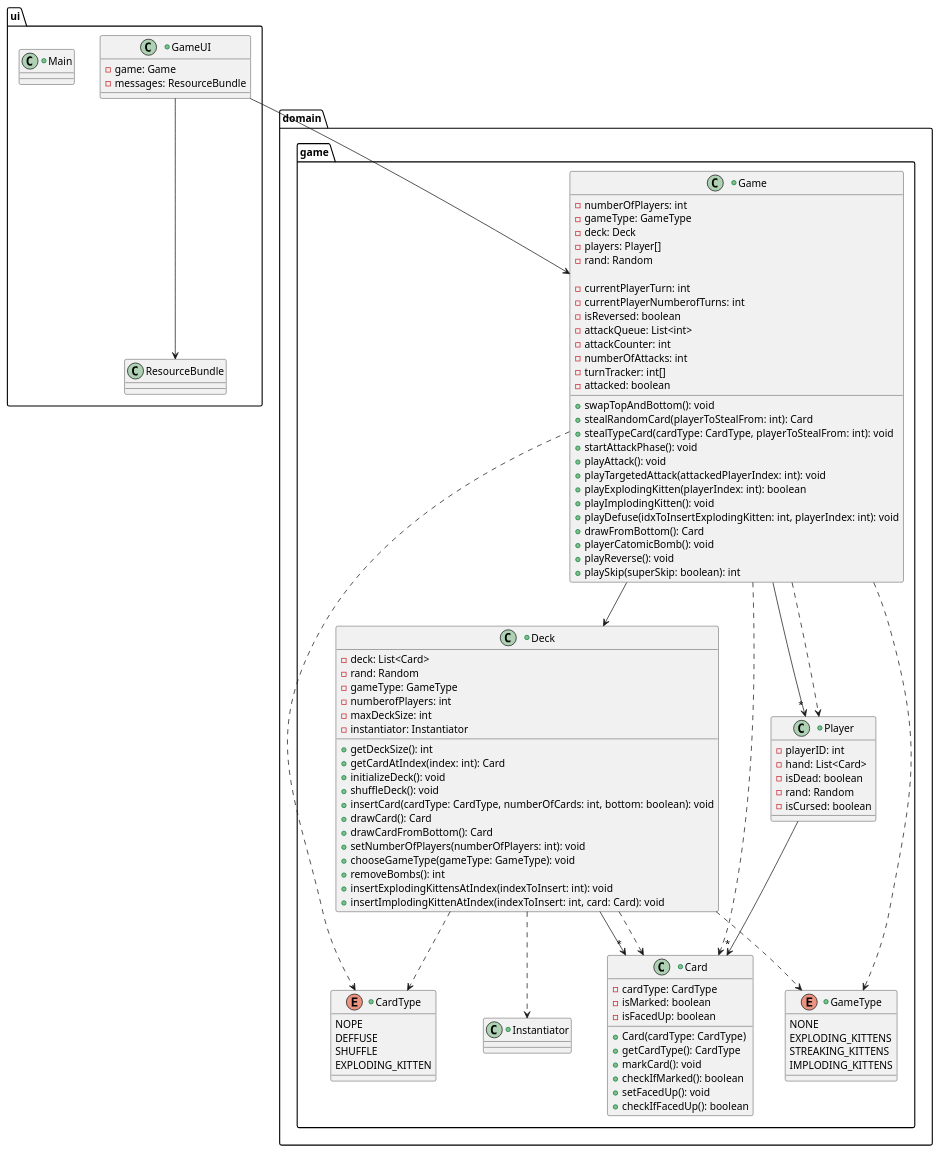
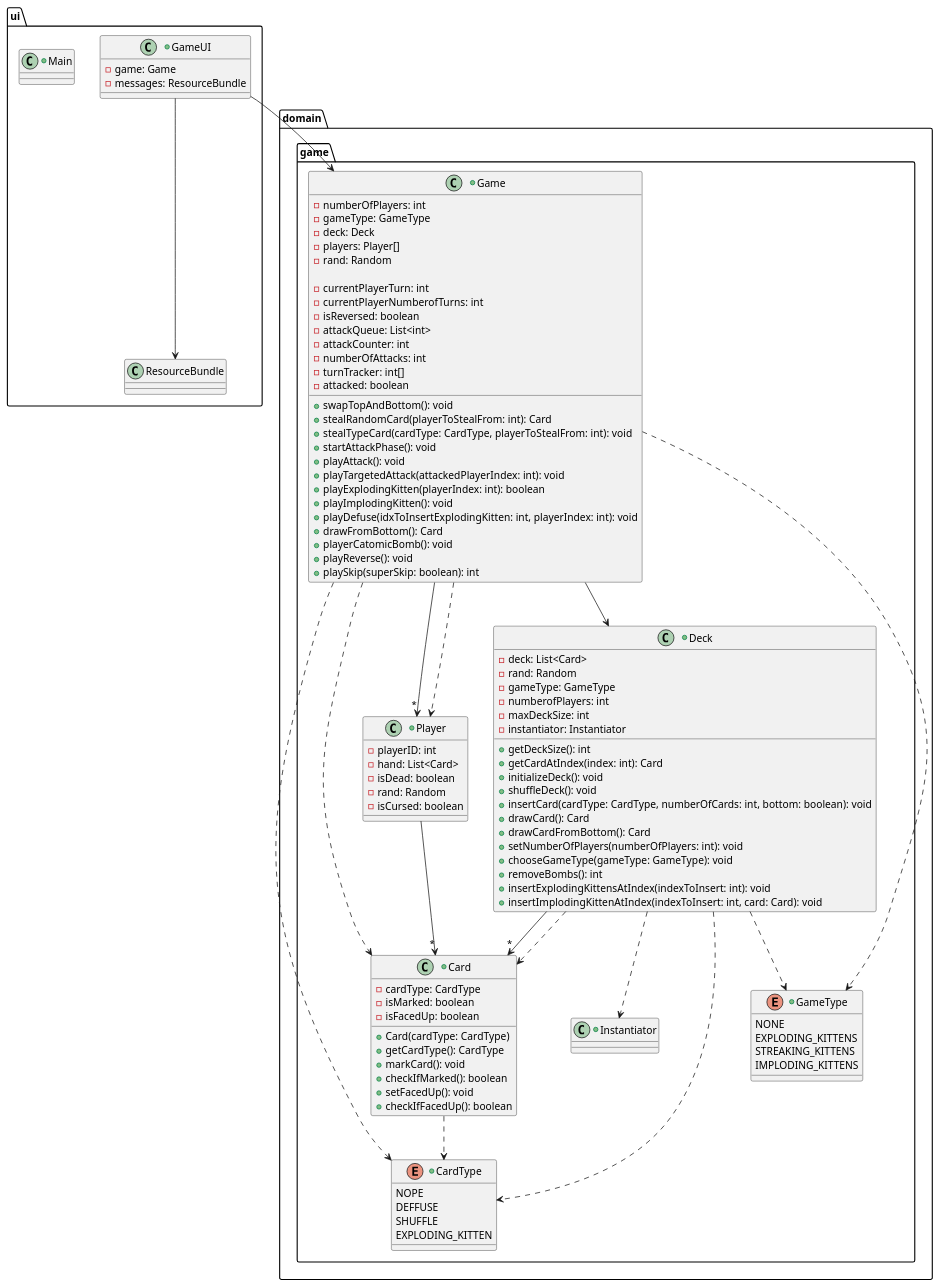
Before and after one commit to nu-cs-sw-design/project-20252601-jace_refactoring: the diagram in docs/design/given.puml, drawn with PlantUML. The commit also changed 29 other files, not shown here.

Commit message:
backup before doing the redesign diagram

```diff
--- a/docs/design/given.puml
+++ b/docs/design/given.puml
@@ -1,123 +1,125 @@
 @startuml
 package domain.game{
     +class Card{
         -cardType: CardType
         -isMarked: boolean
         -isFacedUp: boolean
 
         +Card(cardType: CardType)
         +getCardType(): CardType
         +markCard(): void
         +checkIfMarked(): boolean
         +setFacedUp(): void
         +checkIfFacedUp(): boolean
     }
     +enum CardType{
         NOPE
         DEFFUSE
         SHUFFLE
         EXPLODING_KITTEN
 
 
     }
     +class Deck
     {
         -deck: List<Card>
         -rand: Random
         -gameType: GameType
         -numberofPlayers: int
         -maxDeckSize: int
         -instantiator: Instantiator
 
         + getDeckSize(): int
         + getCardAtIndex(index: int): Card
         + initializeDeck(): void
         + shuffleDeck(): void
         + insertCard(cardType: CardType, numberOfCards: int, bottom: boolean): void
         + drawCard(): Card
         +drawCardFromBottom(): Card
         +setNumberOfPlayers(numberOfPlayers: int): void
         +chooseGameType(gameType: GameType): void
         +removeBombs(): int
         +insertExplodingKittensAtIndex(indexToInsert: int): void
         +insertImplodingKittenAtIndex(indexToInsert: int, card: Card): void
 
     }
     +class Game
     {
         -numberOfPlayers: int
         -gameType: GameType
         -deck: Deck
         -players: Player[]
         -rand: Random
 
         -currentPlayerTurn: int
         -currentPlayerNumberofTurns: int
         -isReversed: boolean
         -attackQueue: List<int>
         -attackCounter: int
         -numberOfAttacks: int
         -turnTracker: int[]
         -attacked: boolean
 
         +swapTopAndBottom(): void
         +stealRandomCard(playerToStealFrom: int): Card
         +stealTypeCard(cardType: CardType, playerToStealFrom: int): void
         +startAttackPhase(): void
         +playAttack(): void
         +playTargetedAttack(attackedPlayerIndex: int): void
         +playExplodingKitten(playerIndex: int): boolean
         +playImplodingKitten(): void
         +playDefuse(idxToInsertExplodingKitten: int, playerIndex: int): void
         +drawFromBottom(): Card
         +playerCatomicBomb(): void
         +playReverse(): void
         +playSkip(superSkip: boolean): int
         }
     +enum GameType
     {
         NONE
         EXPLODING_KITTENS
         STREAKING_KITTENS
         IMPLODING_KITTENS
     }
     +class Instantiator
     {
 
     }
     +class Player
     {
         -playerID: int
         -hand: List<Card>
         -isDead: boolean
         -rand: Random
         -isCursed: boolean
     }
 
     Deck-->"*"Card
     Player-->"*"Card
     Deck..>Instantiator
     Deck..>GameType
     Deck..>Card
     Deck..>CardType
 
     Game-->Deck
     Game-->"*"Player
     Game..>Player
     Game..>GameType
     Game..>CardType
     Game..>Card
+
+    Card..>CardType
 }
 package ui{
     +class GameUI{
         -game: Game
         -messages: ResourceBundle
     }
     +class Main{
 
     }
 
     GameUI-->Game
     GameUI-->ResourceBundle
 }
 @enduml
```
